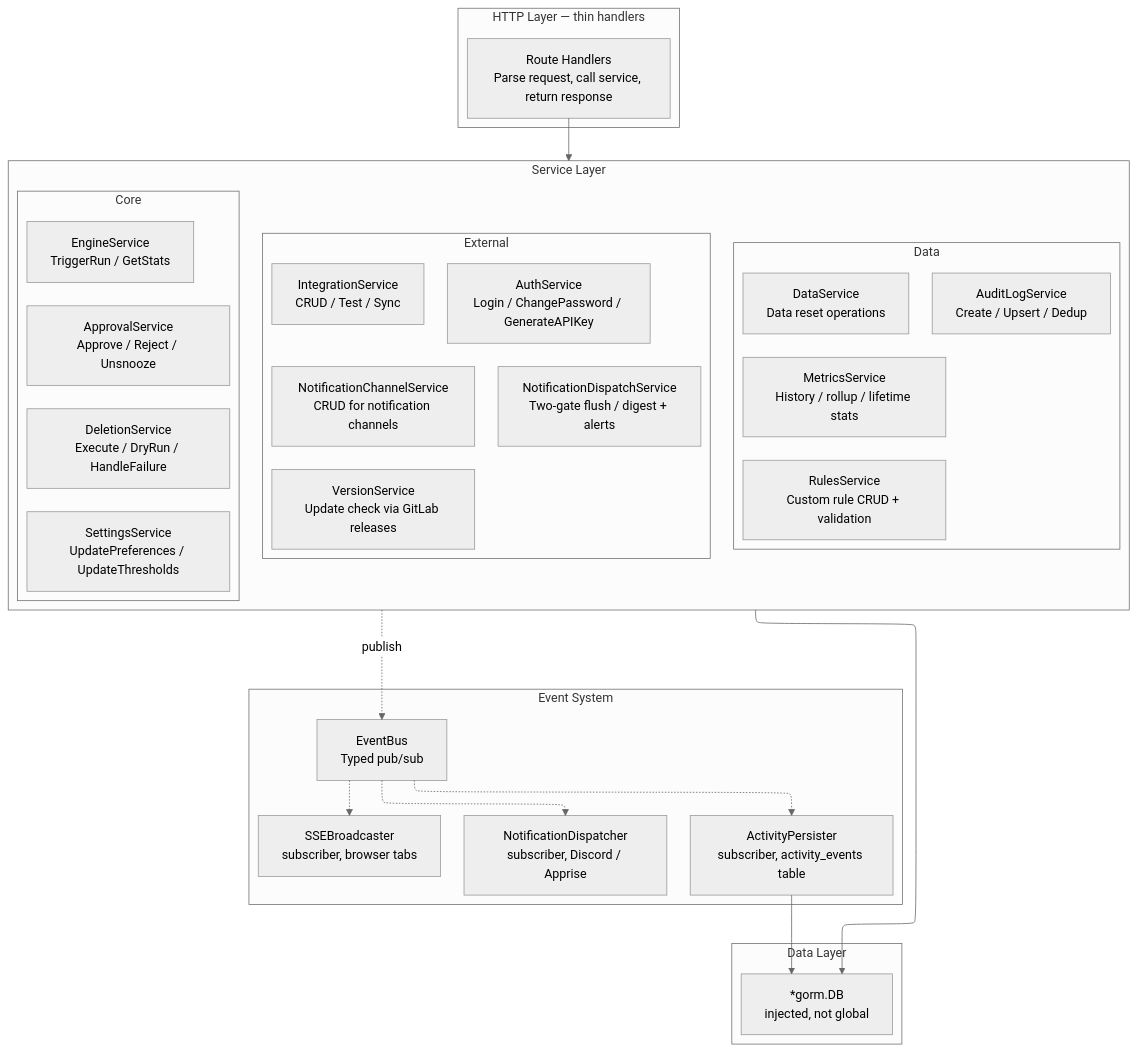
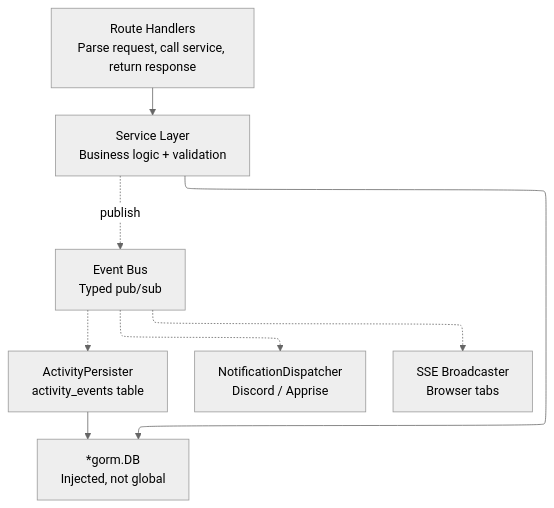
The third of 5 diagrams in docs/architecture.md (kiwi3007/capacitarr), drawn with Mermaid (neutral theme) before and after one commit. The commit also changed other lines of this file and 1 other file, not shown here.

Commit message:
fix(docs): remove breakout layout, fix edge label pills, split large diagrams
Remove the negative-margin breakout layout from mermaid diagrams — it
caused diagrams to slide under the sidebar in Nuxt UI's grid layout.
Diagrams now render within the content column at full width.

Fix edge label pill styling by targeting .edgeLabel span (the actual
DOM element in ELK-rendered flowcharts) instead of .edgeLabel rect
which does not exist in modern Mermaid's foreignObject-based labels.

Split the two largest architecture diagrams per project conventions:
- High-Level Overview (19 nodes) → Container Internals (7 nodes) +
  External Integrations (11 nodes)
- Service Layer (19 nodes) → Request/Event Flow diagram (7 nodes) +
  Service Registry table (13 services)

````diff
--- a/docs/architecture.md
+++ b/docs/architecture.md
@@ -76,53 +82,19 @@
 ```mermaid
 %%{init: {"flowchart": {"defaultRenderer": "elk"}} }%%
 flowchart TD
-    subgraph HTTP_LAYER["HTTP Layer — thin handlers"]
-        ROUTES["Route Handlers<br/>Parse request, call service, return response"]
-    end
+    ROUTES["Route Handlers<br/>Parse request, call service, return response"]
+    SERVICES["Service Layer<br/>Business logic + validation"]
+    DB["*gorm.DB<br/>Injected, not global"]
+    BUS["Event Bus<br/>Typed pub/sub"]
+    ACTIVITY["ActivityPersister<br/>activity_events table"]
+    NOTIF["NotificationDispatcher<br/>Discord / Apprise"]
+    SSE["SSE Broadcaster<br/>Browser tabs"]
 
-    subgraph SERVICE_LAYER["Service Layer"]
-        subgraph CORE["Core"]
-            direction LR
-            APPROVAL_SVC["ApprovalService<br/>Approve / Reject / Unsnooze"]
-            DELETION_SVC["DeletionService<br/>Execute / DryRun / HandleFailure"]
-            ENGINE_SVC["EngineService<br/>TriggerRun / GetStats"]
-            SETTINGS_SVC["SettingsService<br/>UpdatePreferences / UpdateThresholds"]
-        end
-
-        subgraph DATA_SVCS["Data"]
-            direction LR
-            AUDIT_SVC["AuditLogService<br/>Create / Upsert / Dedup"]
-            DATA_SVC["DataService<br/>Data reset operations"]
-            METRICS_SVC["MetricsService<br/>History / rollup / lifetime stats"]
-            RULES_SVC["RulesService<br/>Custom rule CRUD + validation"]
-        end
-
-        subgraph EXTERNAL["External"]
-            direction LR
-            INTEGRATION_SVC["IntegrationService<br/>CRUD / Test / Sync"]
-            AUTH_SVC["AuthService<br/>Login / ChangePassword / GenerateAPIKey"]
-            NOTIF_CHANNEL_SVC["NotificationChannelService<br/>CRUD for notification channels"]
-            NOTIF_DISPATCH_SVC["NotificationDispatchService<br/>Two-gate flush / digest + alerts"]
-            VERSION_SVC["VersionService<br/>Update check via GitLab releases"]
-        end
-    end
-
-    subgraph EVENT_SYSTEM["Event System"]
-        BUS["EventBus<br/>Typed pub/sub"]
-        ACTIVITY_SUB["ActivityPersister<br/>subscriber, activity_events table"]
-        NOTIF_SUB["NotificationDispatcher<br/>subscriber, Discord / Apprise"]
-        SSE_SUB["SSEBroadcaster<br/>subscriber, browser tabs"]
-    end
-
-    subgraph DATA_LAYER["Data Layer"]
-        DB["*gorm.DB<br/>injected, not global"]
-    end
-
-    ROUTES --> SERVICE_LAYER
-    SERVICE_LAYER -.->|"publish"| BUS
-    SERVICE_LAYER --> DB
-    BUS -.-> ACTIVITY_SUB
-    BUS -.-> NOTIF_SUB
-    BUS -.-> SSE_SUB
-    ACTIVITY_SUB --> DB
+    ROUTES --> SERVICES
+    SERVICES --> DB
+    SERVICES -.->|"publish"| BUS
+    BUS -.-> ACTIVITY
+    BUS -.-> NOTIF
+    BUS -.-> SSE
+    ACTIVITY --> DB
 ```
````
